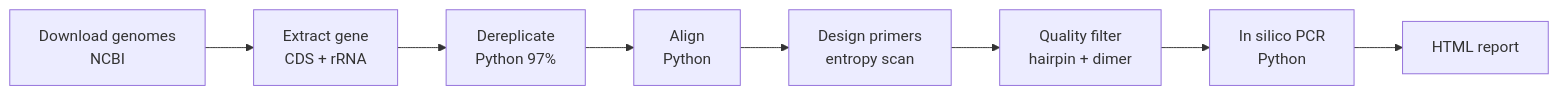
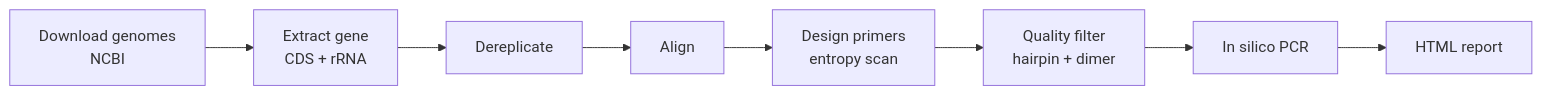
The diagram in README.md (Xinming9606/AmPrime), drawn with Mermaid before and after one commit. The commit also changed other lines of this file and 5 other files, not shown here.

````diff
--- a/README.md
+++ b/README.md
@@ -29,10 +29,10 @@
 ```mermaid
 flowchart LR
     A[Download genomes<br/>NCBI] --> B[Extract gene<br/>CDS + rRNA]
-    B --> C[Dereplicate<br/>Python 97%]
-    C --> D[Align<br/>Python]
+    B --> C[Dereplicate]
+    C --> D[Align]
     D --> E[Design primers<br/>entropy scan]
     E --> F[Quality filter<br/>hairpin + dimer]
-    F --> G[In silico PCR<br/>Python]
+    F --> G[In silico PCR]
     G --> H[HTML report]
 ```
````
